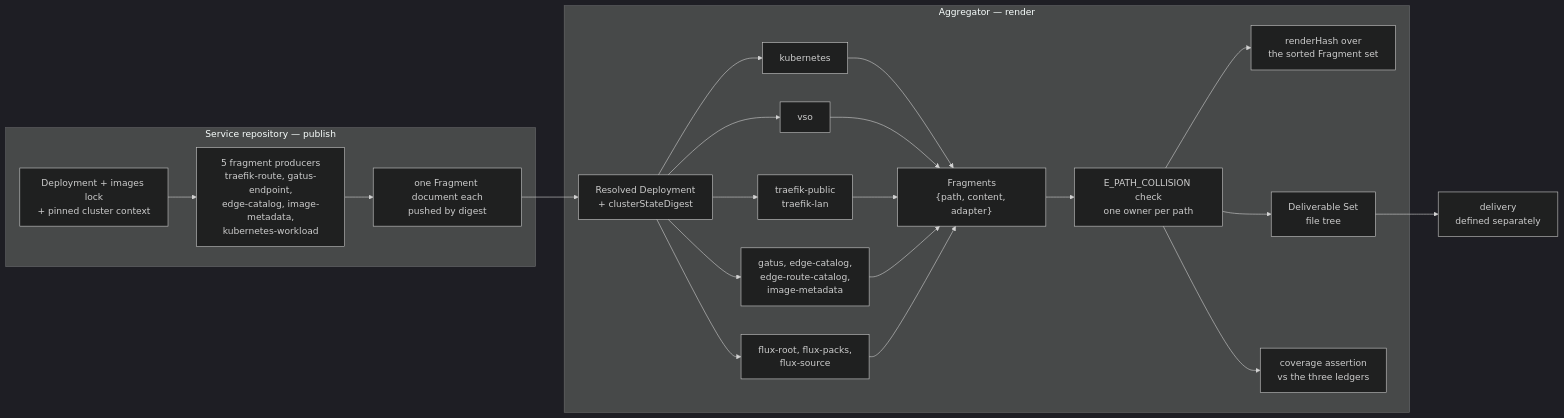
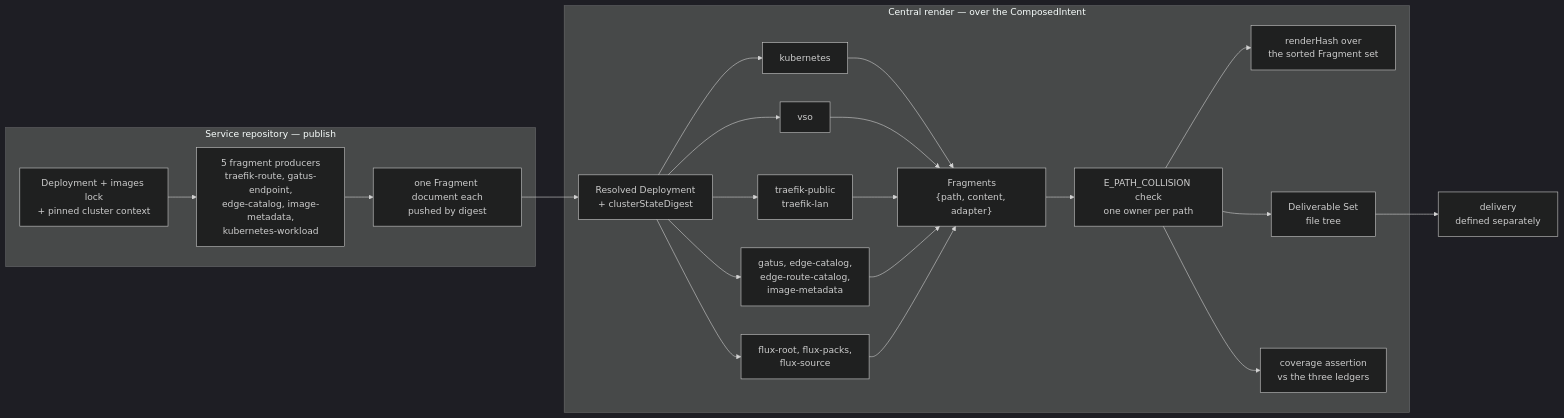
The diagram in spec/v1/30-deliverables.md (JorisJonkers-dev/deploy-config-schema), drawn with Mermaid (dark theme) before and after one commit. The commit also changed other lines of this file and 9 other files, not shown here.

````diff
--- a/spec/v1/30-deliverables.md
+++ b/spec/v1/30-deliverables.md
@@ -298,27 +298,27 @@
 ```mermaid
 flowchart LR
     subgraph svc["Service repository — publish"]
       D["Deployment + images lock<br/>+ pinned cluster context"]
       D --> FP["5 fragment producers<br/>traefik-route, gatus-endpoint,<br/>edge-catalog, image-metadata,<br/>kubernetes-workload"]
       FP --> PF["one Fragment document each<br/>pushed by digest"]
     end
-    subgraph agg["Aggregator — render"]
+    subgraph agg["Central render — over the ComposedIntent"]
       RD["Resolved Deployment<br/>+ clusterStateDigest"]
       RD --> C1["kubernetes"]
       RD --> C2["vso"]
       RD --> C3["traefik-public<br/>traefik-lan"]
       RD --> C4["gatus, edge-catalog,<br/>edge-route-catalog,<br/>image-metadata"]
       RD --> C5["flux-root, flux-packs,<br/>flux-source"]
       C1 --> F["Fragments<br/>{path, content, adapter}"]
       C2 --> F
       C3 --> F
       C4 --> F
       C5 --> F
       F --> COL["E_PATH_COLLISION check<br/>one owner per path"]
       COL --> H["renderHash over<br/>the sorted Fragment set"]
       COL --> T["Deliverable Set<br/>file tree"]
       COL --> L["coverage assertion<br/>vs the three ledgers"]
     end
     PF --> RD
     T --> X["delivery<br/>defined separately"]
 ```
````
